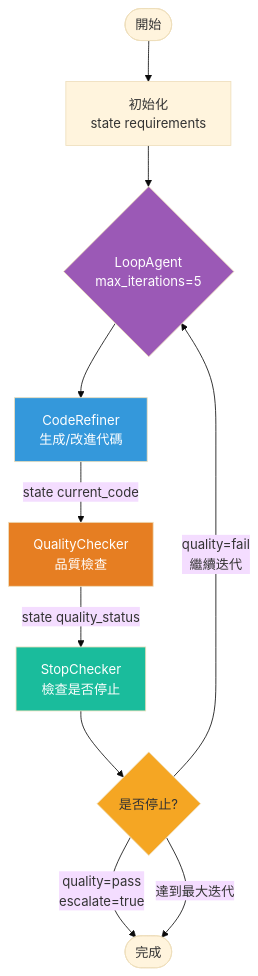
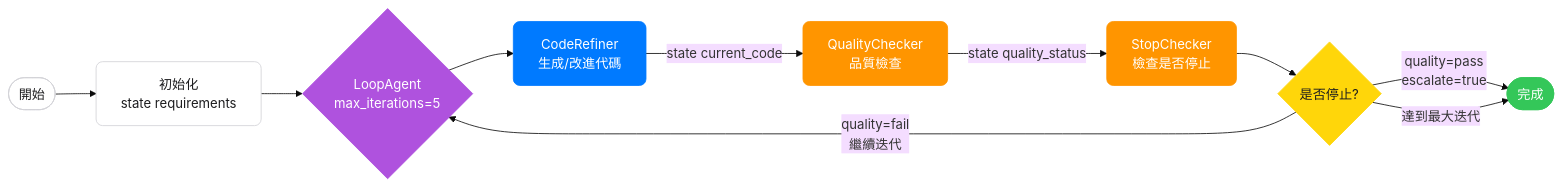
Before and after one commit to lastingyeh/google-adk-study: the sixth of 8 diagrams in workspace/adk-docs/agents/multi-agents_appendix.md, drawn with Mermaid (base theme). The commit also changed other lines of this file, not shown here.

Commit message:
更新 `multi-agents_appendix.md` Mermaid 流程圖樣式與結構

````diff
--- a/workspace/adk-docs/agents/multi-agents_appendix.md
+++ b/workspace/adk-docs/agents/multi-agents_appendix.md
@@ -148,20 +194,30 @@
 ```mermaid
-graph TD
+flowchart LR
+    %% Style Definitions
+    classDef default fill:#F5F5F7,stroke:#D2D2D7,color:#1D1D1F,rx:8,ry:8;
+    classDef loop fill:#AF52DE,stroke:#AF52DE,color:#FFFFFF,rx:8,ry:8;
+    classDef primary fill:#007AFF,stroke:#007AFF,color:#FFFFFF,rx:8,ry:8;
+    classDef critique fill:#FF9500,stroke:#FF9500,color:#FFFFFF,rx:8,ry:8;
+    classDef decision fill:#FFD60A,stroke:#FFD60A,color:#1D1D1F,rx:8,ry:8;
+    classDef success fill:#34C759,stroke:#34C759,color:#FFFFFF,rx:8,ry:8;
+    classDef startEnd fill:#FFFFFF,stroke:#D2D2D7,color:#1D1D1F,rx:8,ry:8;
+
+    %% Diagram
     Start([開始]) --> Init[初始化<br/>state requirements]
     Init --> Loop{LoopAgent<br/>max_iterations=5}
-
     Loop --> Refine[CodeRefiner<br/>生成/改進代碼]
     Refine -->|state current_code| Check[QualityChecker<br/>品質檢查]
     Check -->|state quality_status| Stop[StopChecker<br/>檢查是否停止]
-
     Stop --> Decision{是否停止?}
     Decision -->|quality=pass<br/>escalate=true| End([完成])
     Decision -->|quality=fail<br/>繼續迭代| Loop
     Decision -->|達到最大迭代| End
 
-    style Loop fill:#9B59B6,color:#fff
-    style Refine fill:#3498DB,color:#fff
-    style Check fill:#E67E22,color:#fff
-    style Stop fill:#1ABC9C,color:#fff
-    style Decision fill:#F5A623,color:#333
+    %% Apply Styles
+    class Start,Init startEnd;
+    class End success;
+    class Loop loop;
+    class Refine primary;
+    class Check,Stop critique;
+    class Decision decision;
 ```
````
